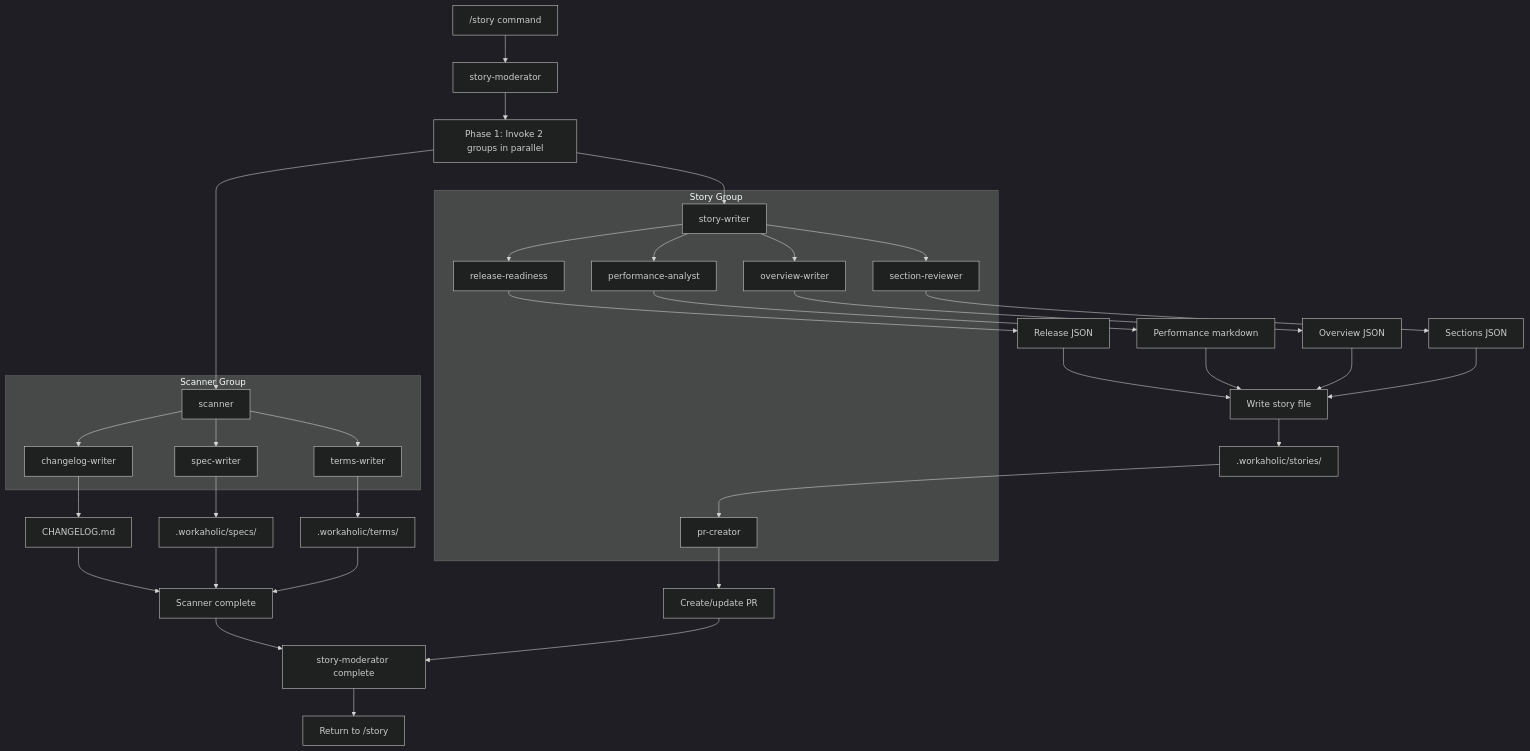
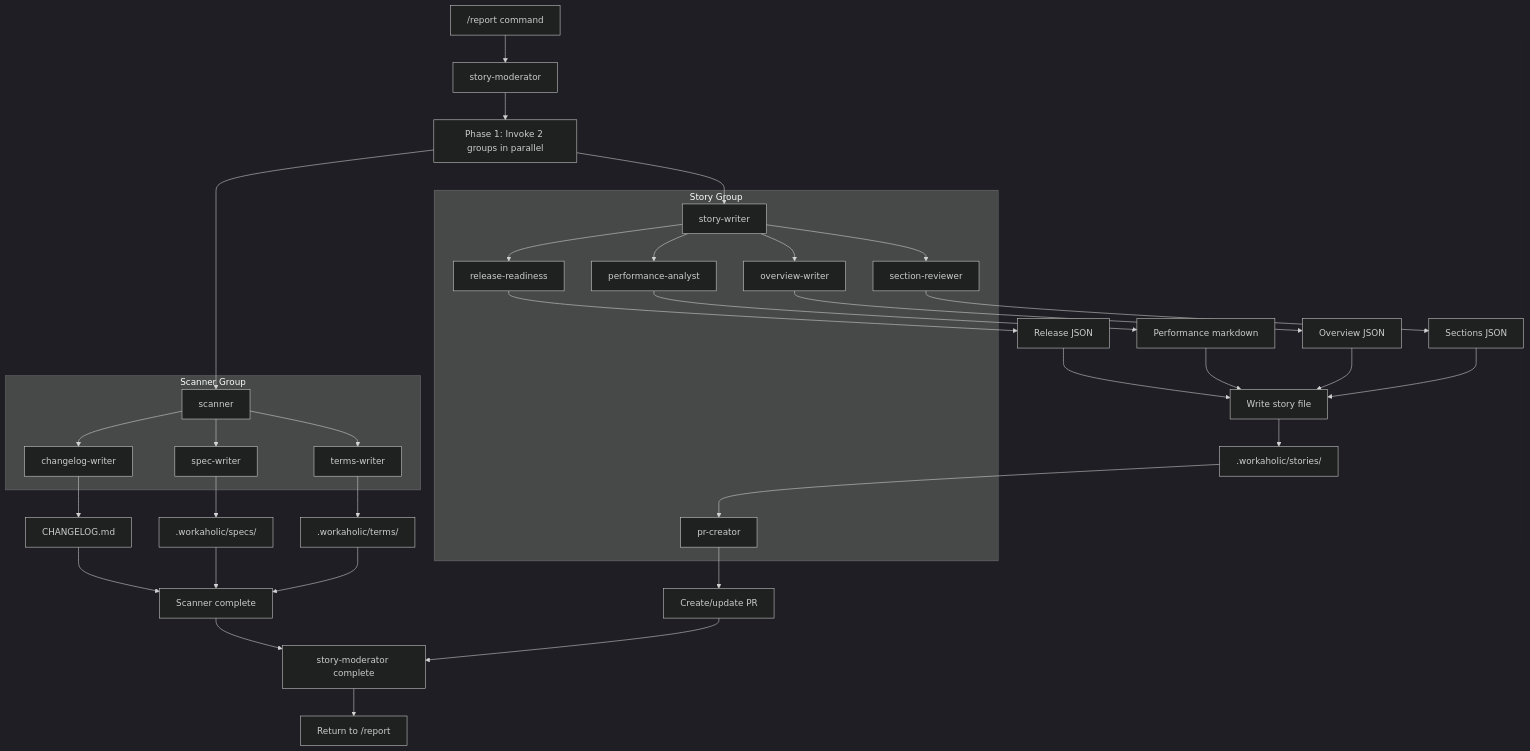
Before and after one commit to qmu/workaholic: the sixth of 6 diagrams in .workaholic/specs/architecture.md, drawn with Mermaid (dark theme). The commit also changed other lines of this file, not shown here.

First line of the commit message:
Update /story to /report in architecture.md

````diff
--- a/.workaholic/specs/architecture.md
+++ b/.workaholic/specs/architecture.md
@@ -374,52 +374,52 @@
 ```mermaid
 flowchart TD
-    A["/story command"] --> SM[story-moderator]
+    A["/report command"] --> SM[story-moderator]
 
     SM --> P1[Phase 1: Invoke 2 groups in parallel]
 
     subgraph Scanner Group
         SC[scanner]
         D[changelog-writer]
         F[spec-writer]
         G[terms-writer]
     end
 
     subgraph Story Group
         SW[story-writer]
         RR[release-readiness]
         PA[performance-analyst]
         OW[overview-writer]
         SR[section-reviewer]
         PC[pr-creator]
     end
 
     P1 --> SC
     P1 --> SW
 
     SC --> D & F & G
     SW --> RR & PA & OW & SR
 
     D --> H[CHANGELOG.md]
     F --> J[.workaholic/specs/]
     G --> K[.workaholic/terms/]
     RR --> RL[Release JSON]
     PA --> PM[Performance markdown]
     OW --> OJ[Overview JSON]
     SR --> SJ[Sections JSON]
 
     H --> P2[Scanner complete]
     J --> P2
     K --> P2
     RL --> P3[Write story file]
     PM --> P3
     OJ --> P3
     SJ --> P3
 
     P3 --> I[.workaholic/stories/]
     I --> PC
     PC --> N[Create/update PR]
 
     P2 --> SM2[story-moderator complete]
     N --> SM2
-    SM2 --> L[Return to /story]
+    SM2 --> L[Return to /report]
 ```
````
